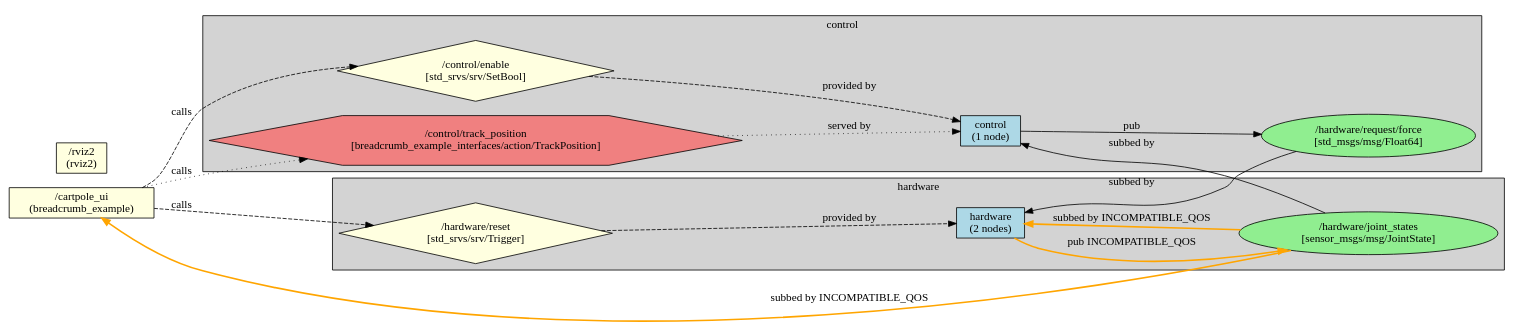
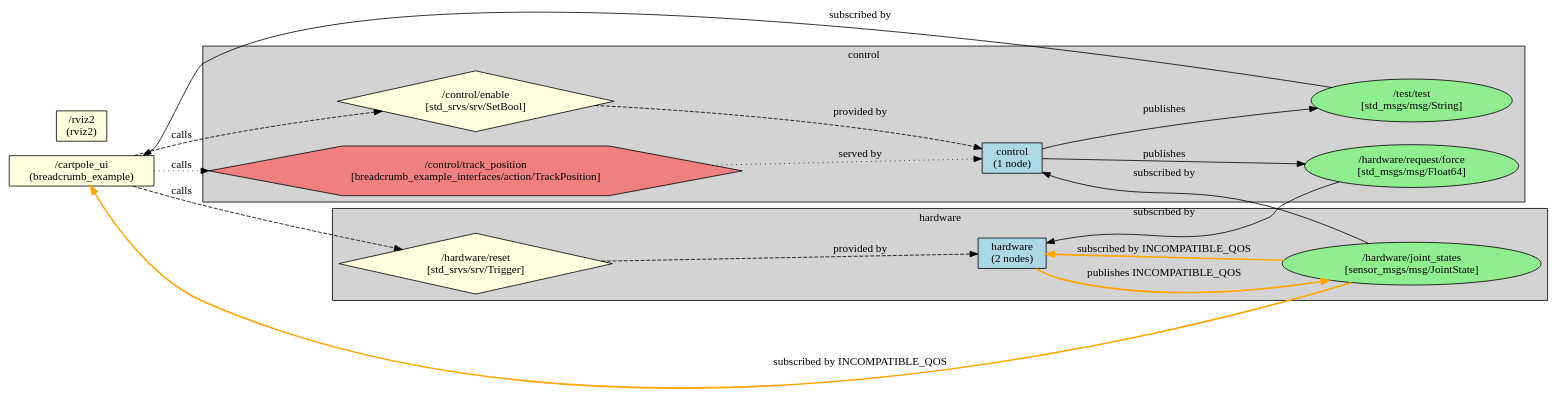
The diagram in breadcrumb_example/ros_graphs/graph_toplevel.dot (greenforge-labs/breadcrumb), drawn with Graphviz before and after one commit. The commit also changed 14 other files, not shown here.

```diff
--- a/breadcrumb_example/ros_graphs/graph_toplevel.dot
+++ b/breadcrumb_example/ros_graphs/graph_toplevel.dot
@@ -1,47 +1,50 @@
 digraph ROS2TopLevel {
   rankdir=LR;
   node [shape=box];
 
   subgraph cluster_control {
     label="control";
     style=filled;
     fillcolor=lightgrey;
 
     "control" [label="control\n(1 node)", style=filled, fillcolor=lightblue];
+    "/test/test" [label="/test/test\n[std_msgs/msg/String]", shape=ellipse, style=filled, fillcolor=lightgreen];
     "/hardware/request/force" [label="/hardware/request/force\n[std_msgs/msg/Float64]", shape=ellipse, style=filled, fillcolor=lightgreen];
     "/control/enable" [label="/control/enable\n[std_srvs/srv/SetBool]", shape=diamond, style=filled, fillcolor=lightyellow];
     "/control/track_position" [label="/control/track_position\n[breadcrumb_example_interfaces/action/TrackPosition]", shape=hexagon, style=filled, fillcolor=lightcoral];
   }
 
   subgraph cluster_hardware {
     label="hardware";
     style=filled;
     fillcolor=lightgrey;
 
     "hardware" [label="hardware\n(2 nodes)", style=filled, fillcolor=lightblue];
     "/hardware/joint_states" [label="/hardware/joint_states\n[sensor_msgs/msg/JointState]", shape=ellipse, style=filled, fillcolor=lightgreen];
     "/hardware/reset" [label="/hardware/reset\n[std_srvs/srv/Trigger]", shape=diamond, style=filled, fillcolor=lightyellow];
   }
 
   // Root Namespace Nodes
   "/cartpole_ui" [label="/cartpole_ui\n(breadcrumb_example)", style=filled, fillcolor=lightyellow];
   "/rviz2" [label="/rviz2\n(rviz2)", style=filled, fillcolor=lightyellow];
 
   // Topic Edges
-  "hardware" -> "/hardware/joint_states" [label="pub INCOMPATIBLE_QOS", color=orange, style=bold];
-  "/hardware/joint_states" -> "/cartpole_ui" [label="subbed by INCOMPATIBLE_QOS", color=orange, style=bold];
-  "/hardware/joint_states" -> "control" [label="subbed by"];
-  "/hardware/joint_states" -> "hardware" [label="subbed by INCOMPATIBLE_QOS", color=orange, style=bold];
-  "control" -> "/hardware/request/force" [label="pub"];
-  "/hardware/request/force" -> "hardware" [label="subbed by"];
+  "hardware" -> "/hardware/joint_states" [label="publishes INCOMPATIBLE_QOS", color=orange, style=bold];
+  "/hardware/joint_states" -> "/cartpole_ui" [label="subscribed by INCOMPATIBLE_QOS", color=orange, style=bold];
+  "/hardware/joint_states" -> "control" [label="subscribed by"];
+  "/hardware/joint_states" -> "hardware" [label="subscribed by INCOMPATIBLE_QOS", color=orange, style=bold];
+  "control" -> "/test/test" [label="publishes"];
+  "/test/test" -> "/cartpole_ui" [label="subscribed by"];
+  "control" -> "/hardware/request/force" [label="publishes"];
+  "/hardware/request/force" -> "hardware" [label="subscribed by"];
 
   // Service Edges
   "/control/enable" -> "control" [label="provided by", style=dashed];
   "/cartpole_ui" -> "/control/enable" [label="calls", style=dashed];
   "/hardware/reset" -> "hardware" [label="provided by", style=dashed];
   "/cartpole_ui" -> "/hardware/reset" [label="calls", style=dashed];
 
   // Action Edges
   "/control/track_position" -> "control" [label="served by", style=dotted];
   "/cartpole_ui" -> "/control/track_position" [label="calls", style=dotted];
 }
```
